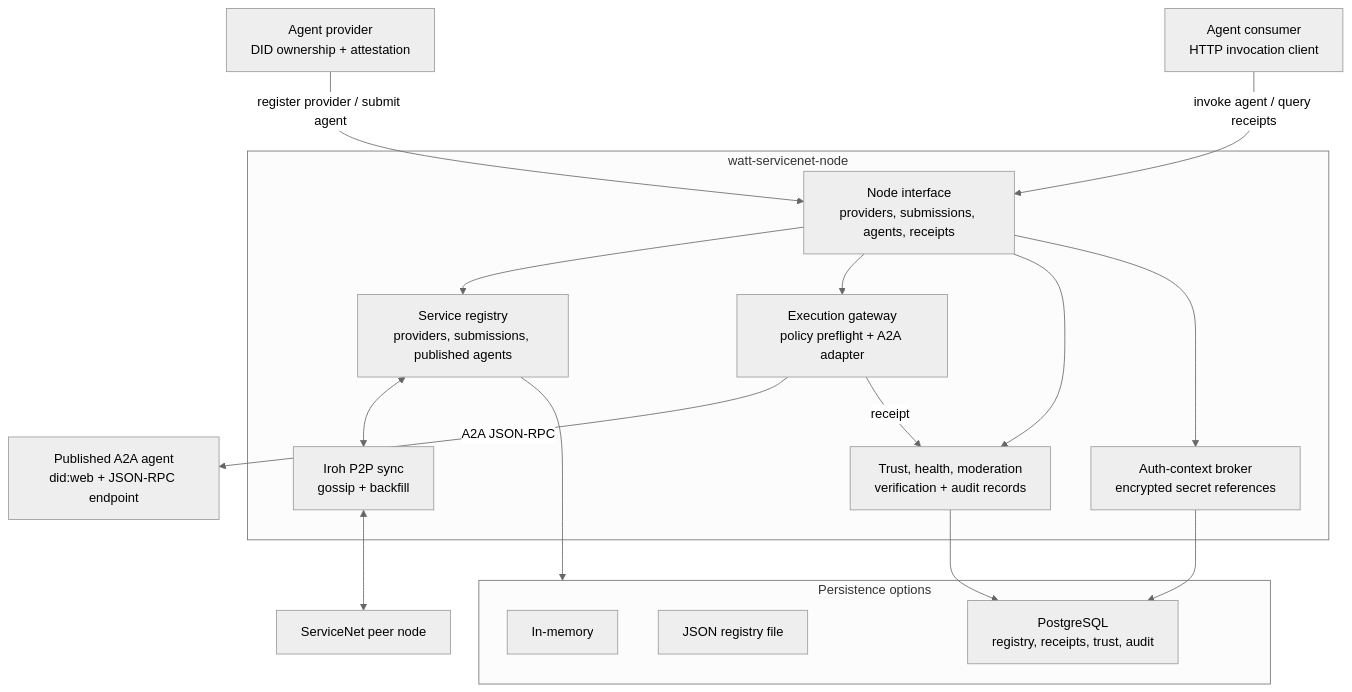
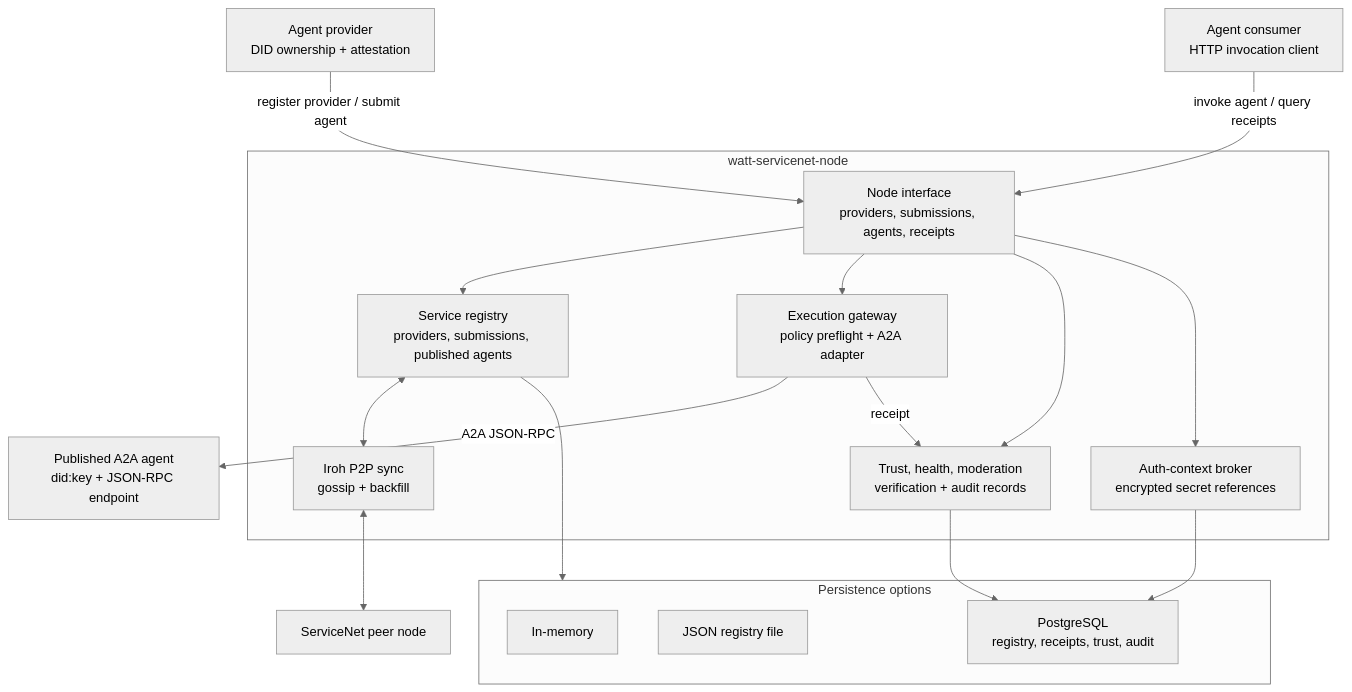
Before and after one commit to wattetheria/watt-servicenet: the diagram in README.md, drawn with Mermaid (neutral theme). The commit also changed other lines of this file and 14 other files, not shown here.

First line of the commit message:
agent: use did-key service identities

````diff
--- a/README.md
+++ b/README.md
@@ -14,36 +14,36 @@
 ```mermaid
 flowchart TB
     provider["Agent provider<br/>DID ownership + attestation"]
     client["Agent consumer<br/>HTTP invocation client"]
-    remote["Published A2A agent<br/>did:web + JSON-RPC endpoint"]
+    remote["Published A2A agent<br/>did:key + JSON-RPC endpoint"]
     peer["ServiceNet peer node"]
 
     subgraph node["watt-servicenet-node"]
         api["Node interface<br/>providers, submissions, agents, receipts"]
         registry["Service registry<br/>providers, submissions, published agents"]
         gateway["Execution gateway<br/>policy preflight + A2A adapter"]
         governance["Trust, health, moderation<br/>verification + audit records"]
         auth["Auth-context broker<br/>encrypted secret references"]
         p2p["Iroh P2P sync<br/>gossip + backfill"]
     end
 
     subgraph storage["Persistence options"]
         memory["In-memory"]
         file["JSON registry file"]
         postgres["PostgreSQL<br/>registry, receipts, trust, audit"]
     end
 
     provider -->|register provider / submit agent| api
     client -->|invoke agent / query receipts| api
     api --> registry
     api --> gateway
     api --> governance
     api --> auth
     registry --> storage
     gateway -->|A2A JSON-RPC| remote
     gateway -->|receipt| governance
     auth --> postgres
     governance --> postgres
     registry <--> p2p
     p2p <--> peer
 ```
````
